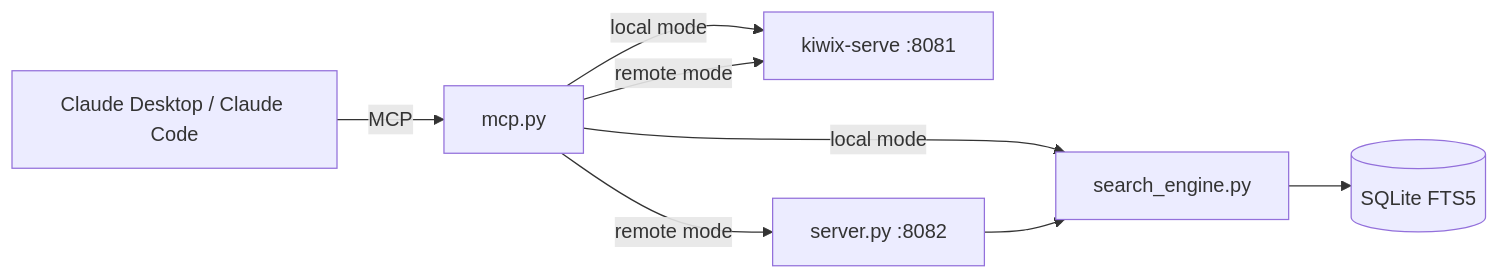
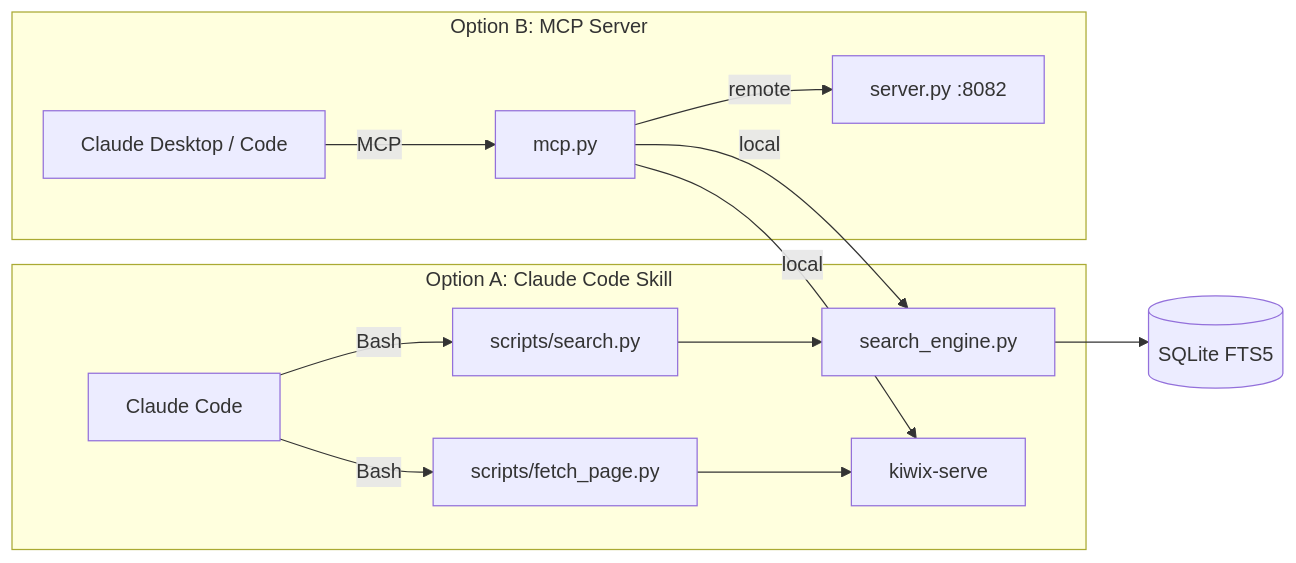
One commit to ArielIL/offline-web-search changed the diagram in README.md. Above: the diagram before and after it, drawn with Mermaid. The commit also changed other lines of this file and 11 other files, not shown here.

````diff
--- a/README.md
+++ b/README.md
@@ -11,11 +11,18 @@
 ```mermaid
 graph LR
-    A[Claude Desktop / Claude Code] -->|MCP| B[mcp.py]
-    B -->|local mode| C[search_engine.py]
-    C --> D[(SQLite FTS5)]
-    B -->|local mode| E[kiwix-serve :8081]
+    subgraph "Option A: Claude Code Skill"
+        CC1[Claude Code] -->|Bash| S1[scripts/search.py]
+        CC1 -->|Bash| S2[scripts/fetch_page.py]
+        S1 --> SE[search_engine.py]
+        S2 --> K1[kiwix-serve]
+    end
 
-    B -->|remote mode| H[server.py :8082]
-    H --> C
-    B -->|remote mode| E
+    subgraph "Option B: MCP Server"
+        CC2[Claude Desktop / Code] -->|MCP| M[mcp.py]
+        M -->|local| SE
+        M -->|local| K1
+        M -->|remote| API[server.py :8082]
+    end
+
+    SE --> DB[(SQLite FTS5)]
 ```
````
